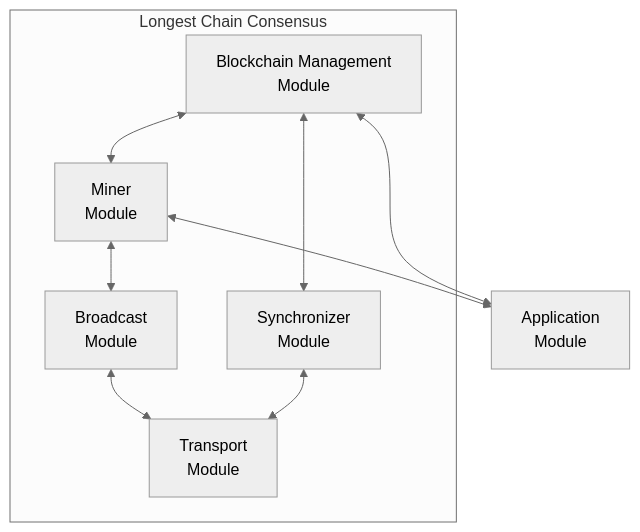
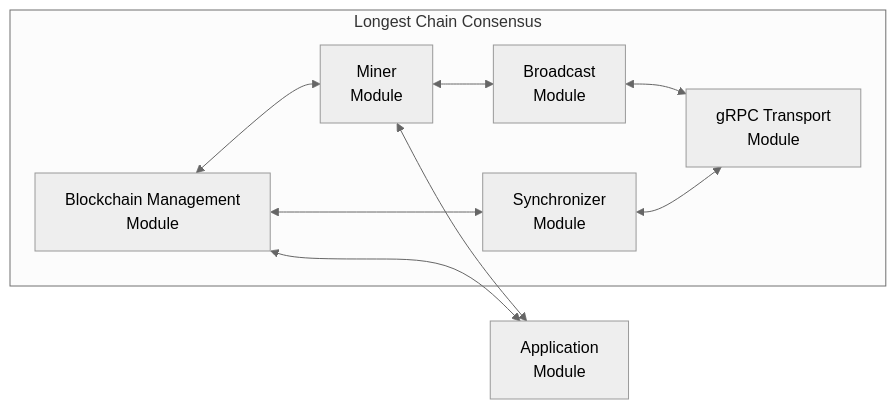
One commit to consensus-shipyard/mir changed the first of 2 diagrams in samples/blockchain/README.md. Above: the diagram before and after it, drawn with Mermaid (neutral theme). The commit also changed other lines of this file, not shown here.

````diff
--- a/samples/blockchain/README.md
+++ b/samples/blockchain/README.md
@@ -47,26 +42,26 @@
 ```mermaid
-flowchart TB;
+flowchart LR;
 
 subgraph Longest Chain Consensus
 BCM[Blockchain Management \n Module]
 Miner[Miner \n Module]
 Synchronizer[Synchronizer \n Module]
+Transport[gRPC Transport \n Module]
 Broadcast[Broadcast \n Module]
-Transport[Transport \n Module]
 
 end
 
 Application[Application \n Module]
 
 
 Broadcast <--> Transport
 
 Miner <--> Application
 Miner <--> Broadcast
 
 BCM <--> Miner
 BCM <--> Application
 BCM <--> Synchronizer
 
 Synchronizer <--> Transport
 ```
````
